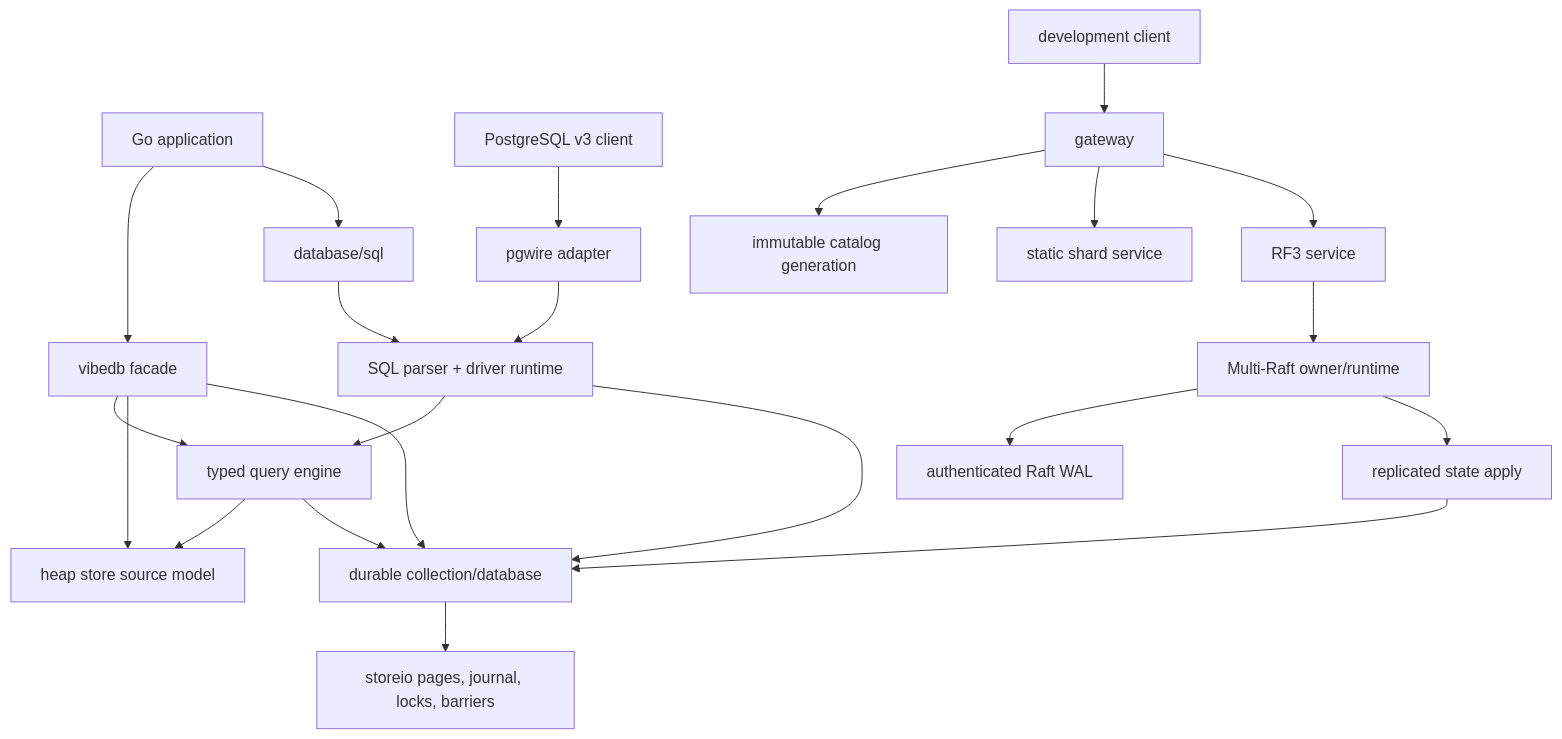
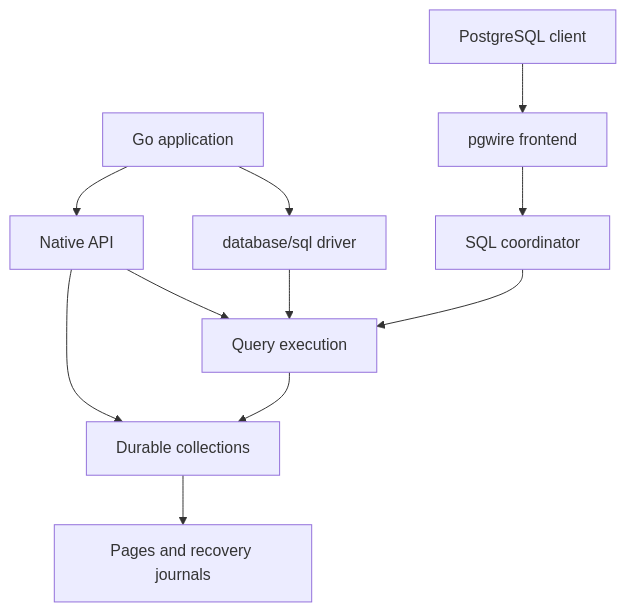
One commit to thesyncim/vibedb changed the first of 2 diagrams in docs/architecture.md. Above: the diagram before and after it, drawn with Mermaid. The commit also changed other lines of this file and 65 other files, not shown here.

````diff
--- a/docs/architecture.md
+++ b/docs/architecture.md
@@ -14,25 +11,13 @@
 ```mermaid
 flowchart TB
-    APP[Go application] --> F[vibedb facade]
-    APP --> DS[database/sql]
-    CLIENT[PostgreSQL v3 client] --> PG[pgwire adapter]
-    DS --> SQL[SQL parser + driver runtime]
-    PG --> SQL
-    F --> Q[typed query engine]
-    SQL --> Q
-    F --> H[heap store source model]
-    Q --> H
-    F --> D[durable collection/database]
-    Q --> D
-    SQL --> D
-    D --> IO[storeio pages, journal, locks, barriers]
-
-    GCLIENT[development client] --> GW[gateway]
-    GW --> CAT[immutable catalog generation]
-    GW --> SH[static shard service]
-    GW --> RF[RF3 service]
-    RF --> MR[Multi-Raft owner/runtime]
-    MR --> WAL[authenticated Raft WAL]
-    MR --> RS[replicated state apply]
-    RS --> D
+    App[Go application] --> Native[Native API]
+    App --> Driver[database/sql driver]
+    Client[PostgreSQL client] --> Frontend[pgwire frontend]
+    Native --> Query[Query execution]
+    Driver --> Query
+    Frontend --> Coordinator[SQL coordinator]
+    Coordinator --> Query
+    Native --> Storage[Durable collections]
+    Query --> Storage
+    Storage --> Files[Pages and recovery journals]
 ```
````
